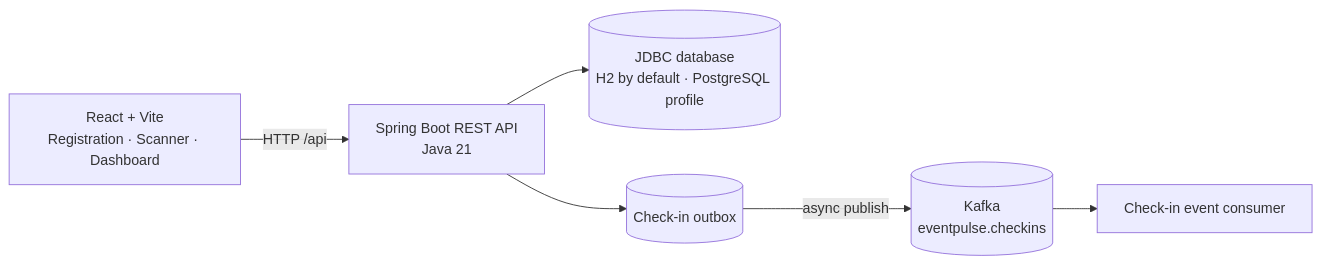
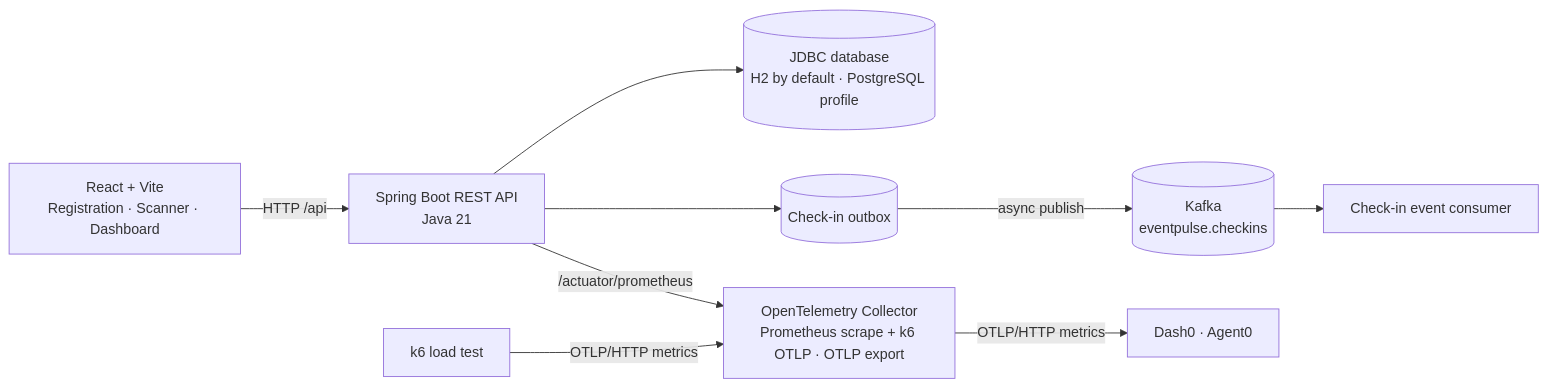
One commit to Vishant93/cloud-native-hackathon changed the diagram in README.md. Above: the diagram before and after it, drawn with Mermaid. The commit also changed other lines of this file and 3 other files, not shown here.

````diff
--- a/README.md
+++ b/README.md
@@ -19,14 +20,20 @@
 ```mermaid
 flowchart LR
     UI["React + Vite<br/>Registration · Scanner · Dashboard"]
     API["Spring Boot REST API<br/>Java 21"]
+    k6["k6 load test"]
+    OTel["OpenTelemetry Collector<br/>Prometheus scrape + k6 OTLP · OTLP export"]
+    Dash0["Dash0 · Agent0"]
     DB[("JDBC database<br/>H2 by default · PostgreSQL profile")]
     Outbox[("Check-in outbox")]
     Kafka[("Kafka<br/>eventpulse.checkins")]
     Consumer["Check-in event consumer"]
     UI -->|HTTP /api| API
     API --> DB
     API --> Outbox
     Outbox -->|async publish| Kafka
     Kafka --> Consumer
+    API -->|/actuator/prometheus| OTel
+    k6 -->|OTLP/HTTP metrics| OTel
+    OTel -->|OTLP/HTTP metrics| Dash0
 ```
````
